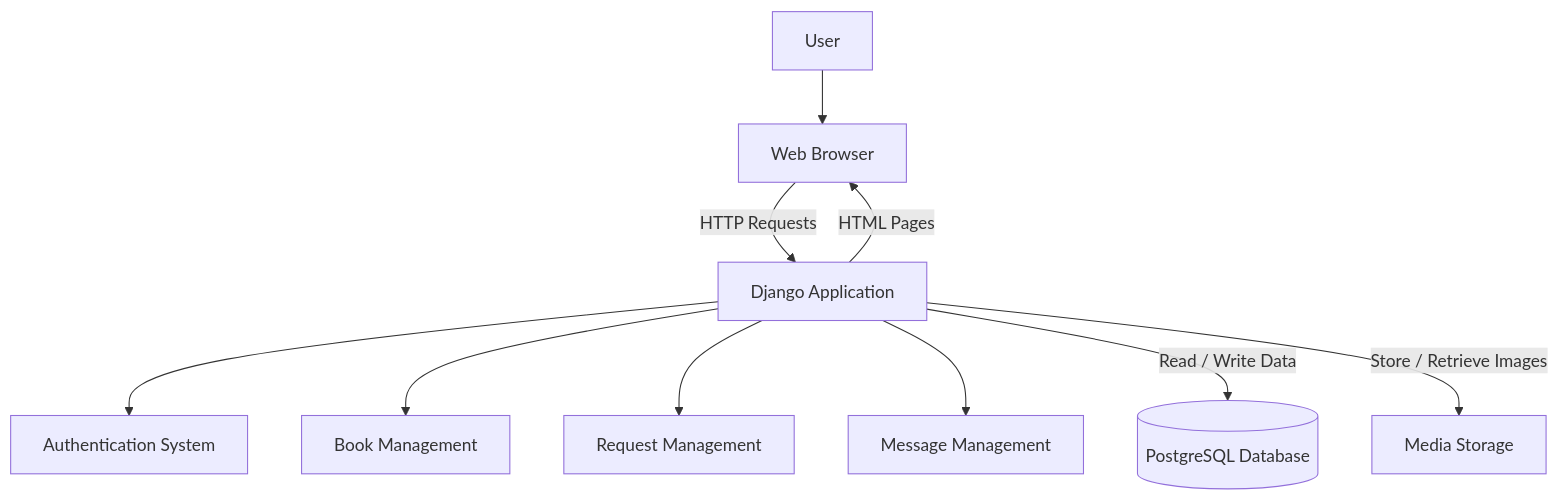
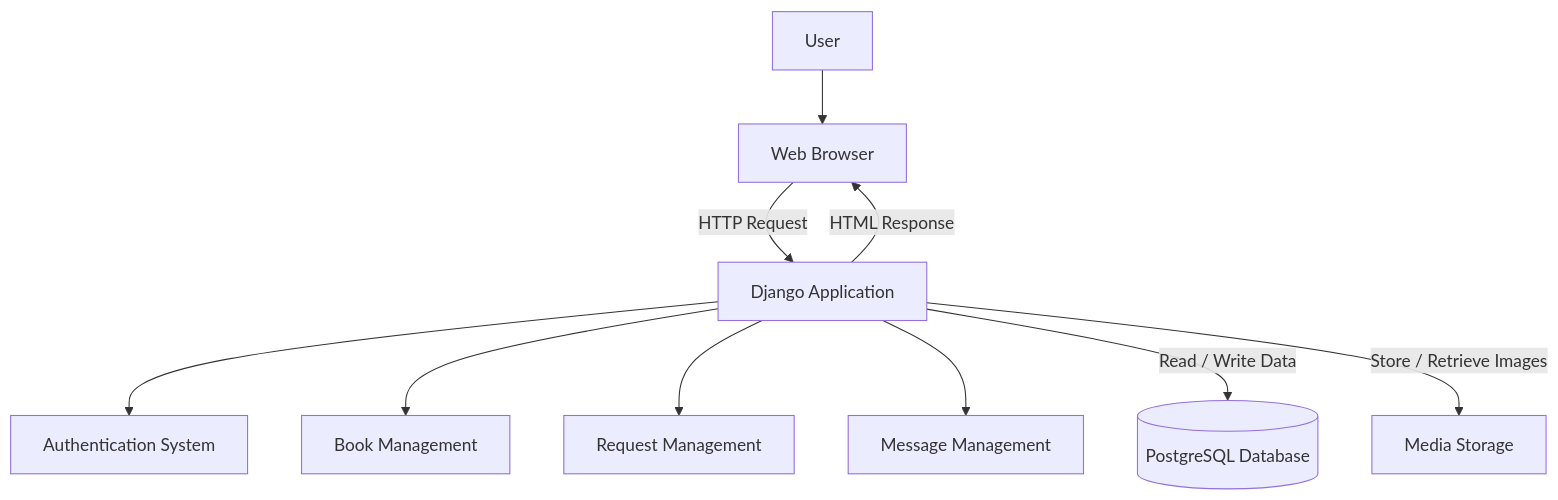
One commit to Handroc/Livract-project changed the first of 9 diagrams in README.md. Above: the diagram before and after it, drawn with Mermaid. The commit also changed other lines of this file, not shown here.

````diff
--- a/README.md
+++ b/README.md
@@ -163,17 +105,12 @@
 ```mermaid
 flowchart TD
     User[User] --> Browser[Web Browser]
-
-    Browser -->|HTTP Requests| Django[Django Application]
-
+    Browser -->|HTTP Request| Django[Django Application]
     Django --> Auth[Authentication System]
     Django --> Books[Book Management]
     Django --> Requests[Request Management]
     Django --> Messages[Message Management]
-
     Django -->|Read / Write Data| DB[(PostgreSQL Database)]
-
     Django -->|Store / Retrieve Images| Media[Media Storage]
-
-    Django -->|HTML Pages| Browser
+    Django -->|HTML Response| Browser
 ```
````
